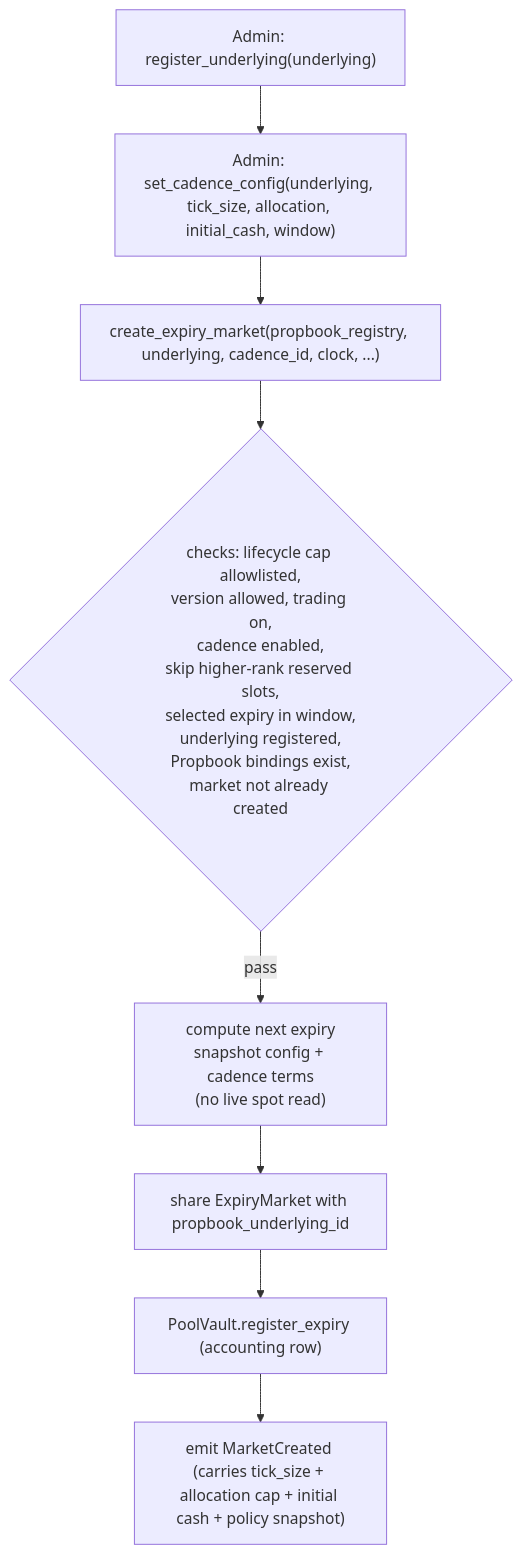
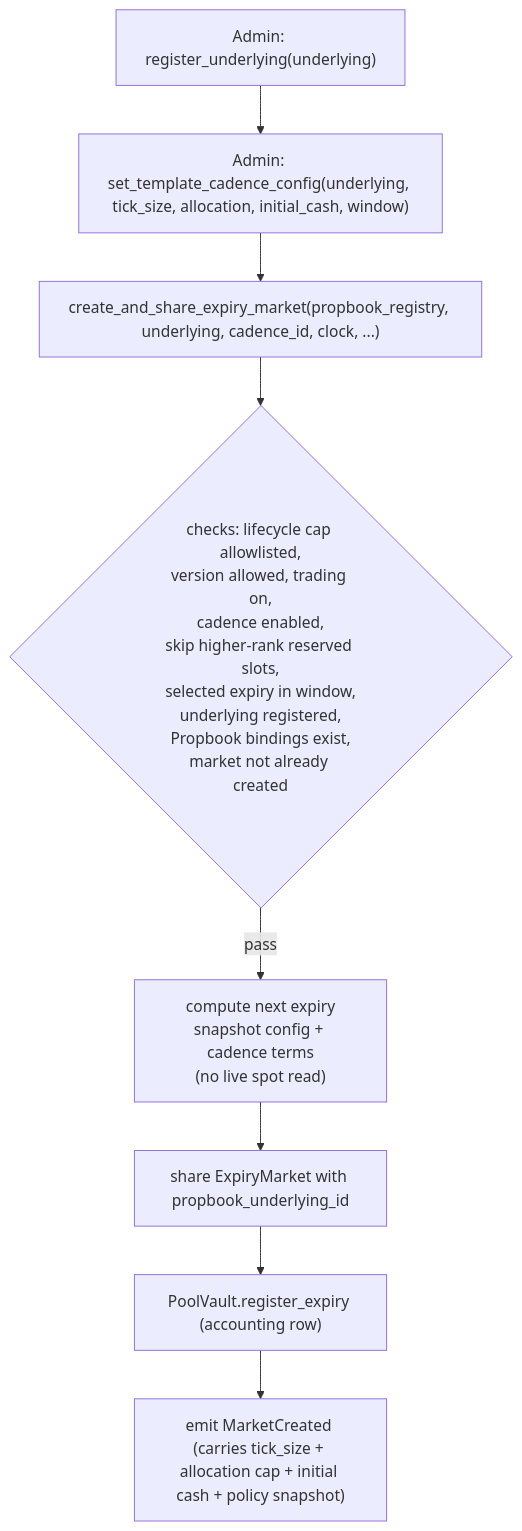
The first of 2 diagrams in packages/predict/docs/concepts/markets-and-positions.md (MystenLabs/deepbookv3), drawn with Mermaid before and after one commit. The commit also changed other lines of this file and 24 other files, not shown here.

````diff
--- a/packages/predict/docs/concepts/markets-and-positions.md
+++ b/packages/predict/docs/concepts/markets-and-positions.md
@@ -26,10 +26,10 @@
 ```mermaid
 flowchart TD
-  A["Admin: register_underlying(underlying)"] --> B["Admin: set_cadence_config(underlying, tick_size, allocation, initial_cash, window)"]
-  B --> C["create_expiry_market(propbook_registry, underlying, cadence_id, clock, ...)"]
+  A["Admin: register_underlying(underlying)"] --> B["Admin: set_template_cadence_config(underlying, tick_size, allocation, initial_cash, window)"]
+  B --> C["create_and_share_expiry_market(propbook_registry, underlying, cadence_id, clock, ...)"]
   C --> D{"checks: lifecycle cap allowlisted,<br/>version allowed, trading on,<br/>cadence enabled,<br/>skip higher-rank reserved slots,<br/>selected expiry in window,<br/>underlying registered,<br/>Propbook bindings exist,<br/>market not already created"}
   D -->|pass| E["compute next expiry<br/>snapshot config + cadence terms<br/>(no live spot read)"]
   E --> F["share ExpiryMarket with propbook_underlying_id"]
   F --> G["PoolVault.register_expiry (accounting row)"]
   G --> H["emit MarketCreated (carries tick_size + allocation cap + initial cash + policy snapshot)"]
 ```
````
